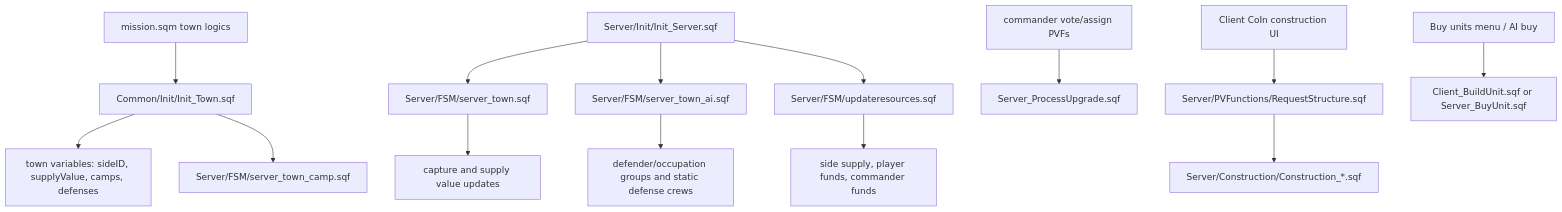
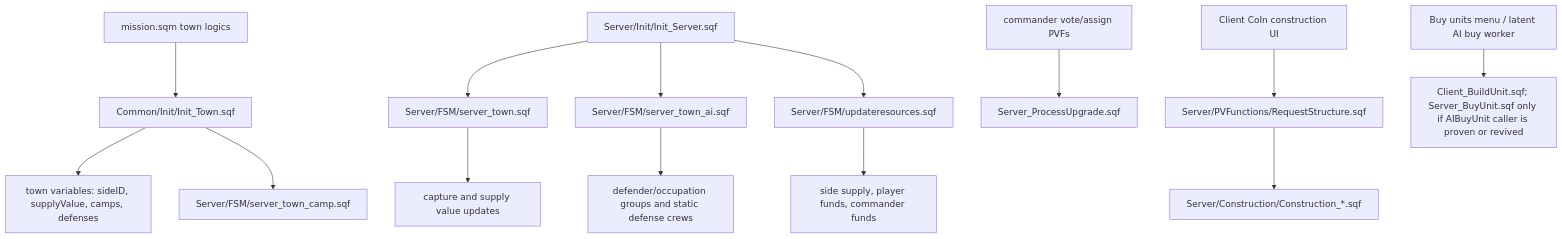
Before and after one commit to rayswaynl/a2waspwarfare: the first of 2 diagrams in docs/wiki/Gameplay-Systems-Atlas.md, drawn with Mermaid. The commit also changed other lines of this file and 14 other files, not shown here.

````diff
--- a/docs/wiki/Gameplay-Systems-Atlas.md
+++ b/docs/wiki/Gameplay-Systems-Atlas.md
@@ -7,16 +7,16 @@
 ```mermaid
 flowchart TD
     Mission["mission.sqm town logics"] --> InitTown["Common/Init/Init_Town.sqf"]
     InitTown --> TownState["town variables: sideID, supplyValue, camps, defenses"]
     InitTown --> CampLoop["Server/FSM/server_town_camp.sqf"]
     InitServer["Server/Init/Init_Server.sqf"] --> TownLoop["Server/FSM/server_town.sqf"]
     InitServer --> TownAI["Server/FSM/server_town_ai.sqf"]
     InitServer --> Resources["Server/FSM/updateresources.sqf"]
     TownLoop --> Capture["capture and supply value updates"]
     TownAI --> AIUnits["defender/occupation groups and static defense crews"]
     Resources --> Funds["side supply, player funds, commander funds"]
     Commander["commander vote/assign PVFs"] --> Upgrades["Server_ProcessUpgrade.sqf"]
     Construction["Client CoIn construction UI"] --> RequestStructure["Server/PVFunctions/RequestStructure.sqf"]
     RequestStructure --> BuildScripts["Server/Construction/Construction_*.sqf"]
-    Factories["Buy units menu / AI buy"] --> Units["Client_BuildUnit.sqf or Server_BuyUnit.sqf"]
+    Factories["Buy units menu / latent AI buy worker"] --> Units["Client_BuildUnit.sqf; Server_BuyUnit.sqf only if AIBuyUnit caller is proven or revived"]
 ```
````
